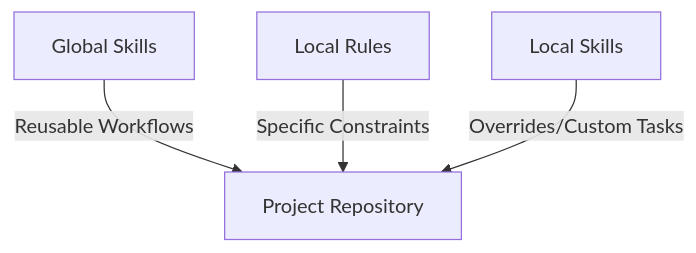
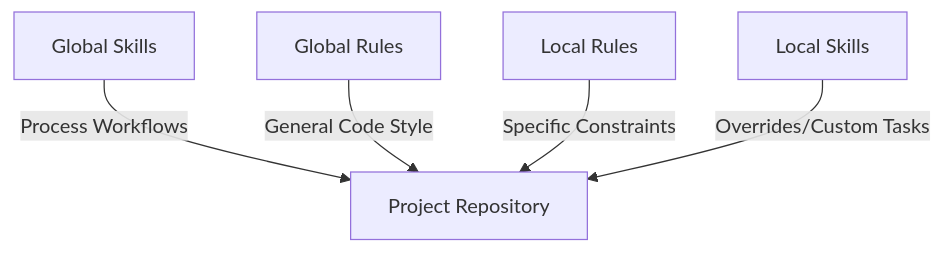
The diagram in README.md (alexcaulfield/.agents), drawn with Mermaid before and after one commit. The commit also changed other lines of this file and 4 other files, not shown here.

````diff
--- a/README.md
+++ b/README.md
@@ -30,6 +40,7 @@
 ```mermaid
 graph TD
-    A[Global Skills] -->|Reusable Workflows| Project[Project Repository]
-    B[Local Rules] -->|Specific Constraints| Project
-    C[Local Skills] -->|Overrides/Custom Tasks| Project
+    A[Global Skills] -->|Process Workflows| Project[Project Repository]
+    B[Global Rules] -->|General Code Style| Project
+    C[Local Rules] -->|Specific Constraints| Project
+    D[Local Skills] -->|Overrides/Custom Tasks| Project
 ```
````
